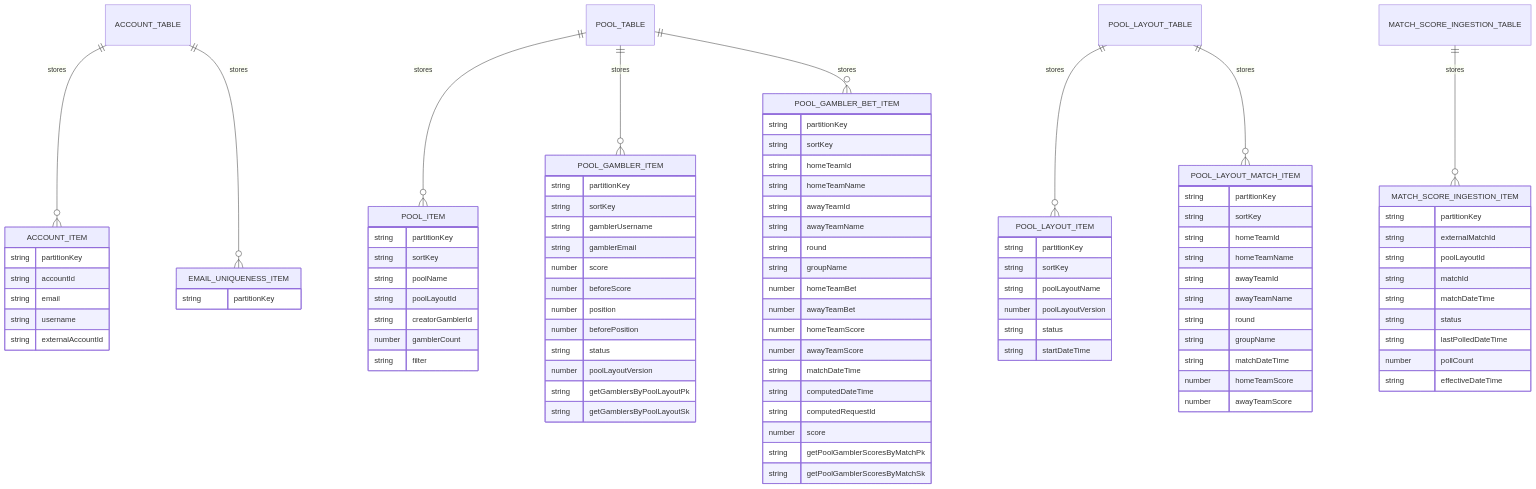
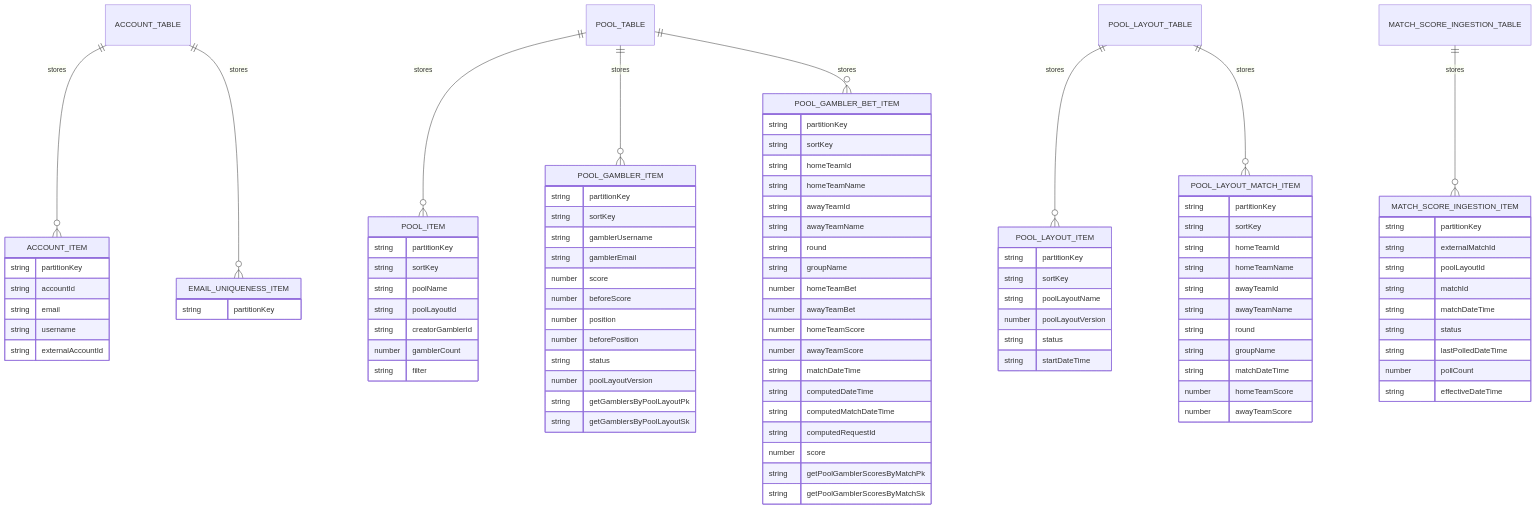
The diagram in docs/database-model.md (felipearpa/tyche), drawn with Mermaid before and after one commit. The commit also changed other lines of this file and 459 other files, not shown here.

```diff
--- a/docs/database-model.md
+++ b/docs/database-model.md
@@ -69,6 +69,7 @@
         number awayTeamScore
         string matchDateTime
         string computedDateTime
+        string computedMatchDateTime
         string computedRequestId
         number score
         string getPoolGamblerScoresByMatchPk
```
